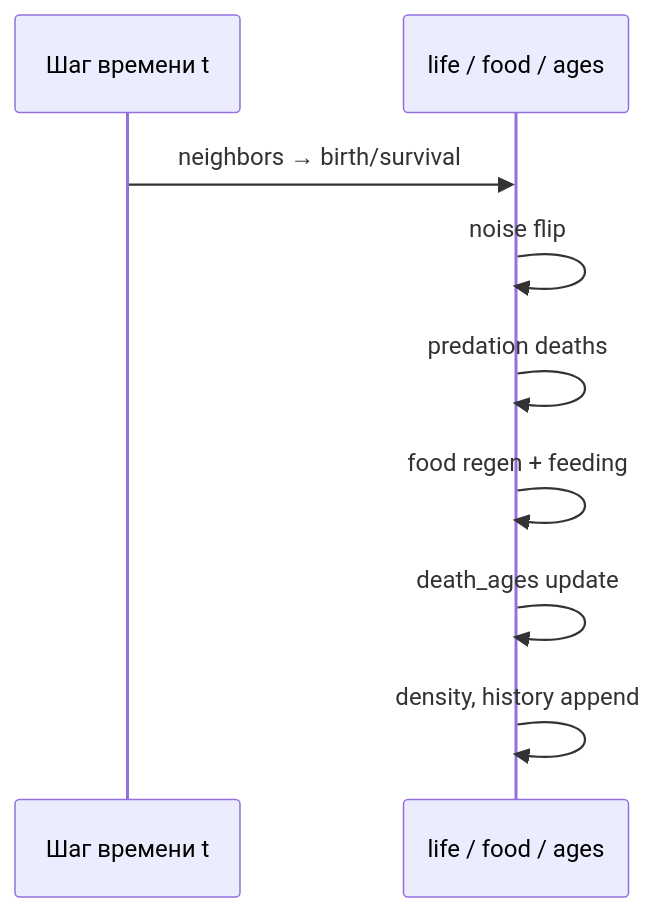
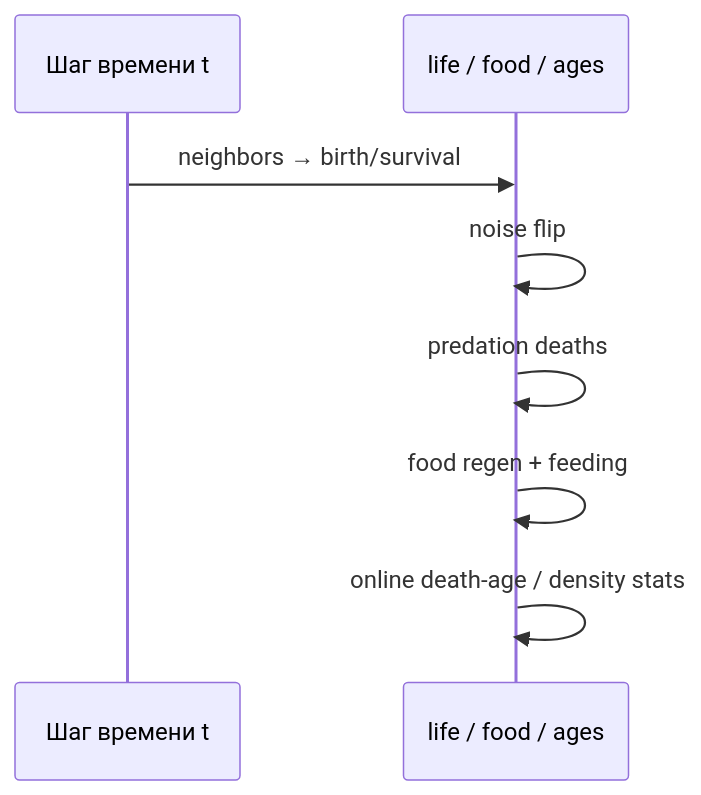
One commit to Starovoitov/LifeManifold changed the fifth of 8 diagrams in docs/WORLDSPACE.md. Above: the diagram before and after it, drawn with Mermaid. The commit also changed other lines of this file and 14 other files, not shown here.

````diff
--- a/docs/WORLDSPACE.md
+++ b/docs/WORLDSPACE.md
@@ -229,11 +227,10 @@
 ```mermaid
 sequenceDiagram
   participant T as Шаг времени t
   participant L as life / food / ages
   T->>L: neighbors → birth/survival
   L->>L: noise flip
   L->>L: predation deaths
   L->>L: food regen + feeding
-  L->>L: death_ages update
-  L->>L: density, history append
+  L->>L: online death-age / density stats
 ```
````
